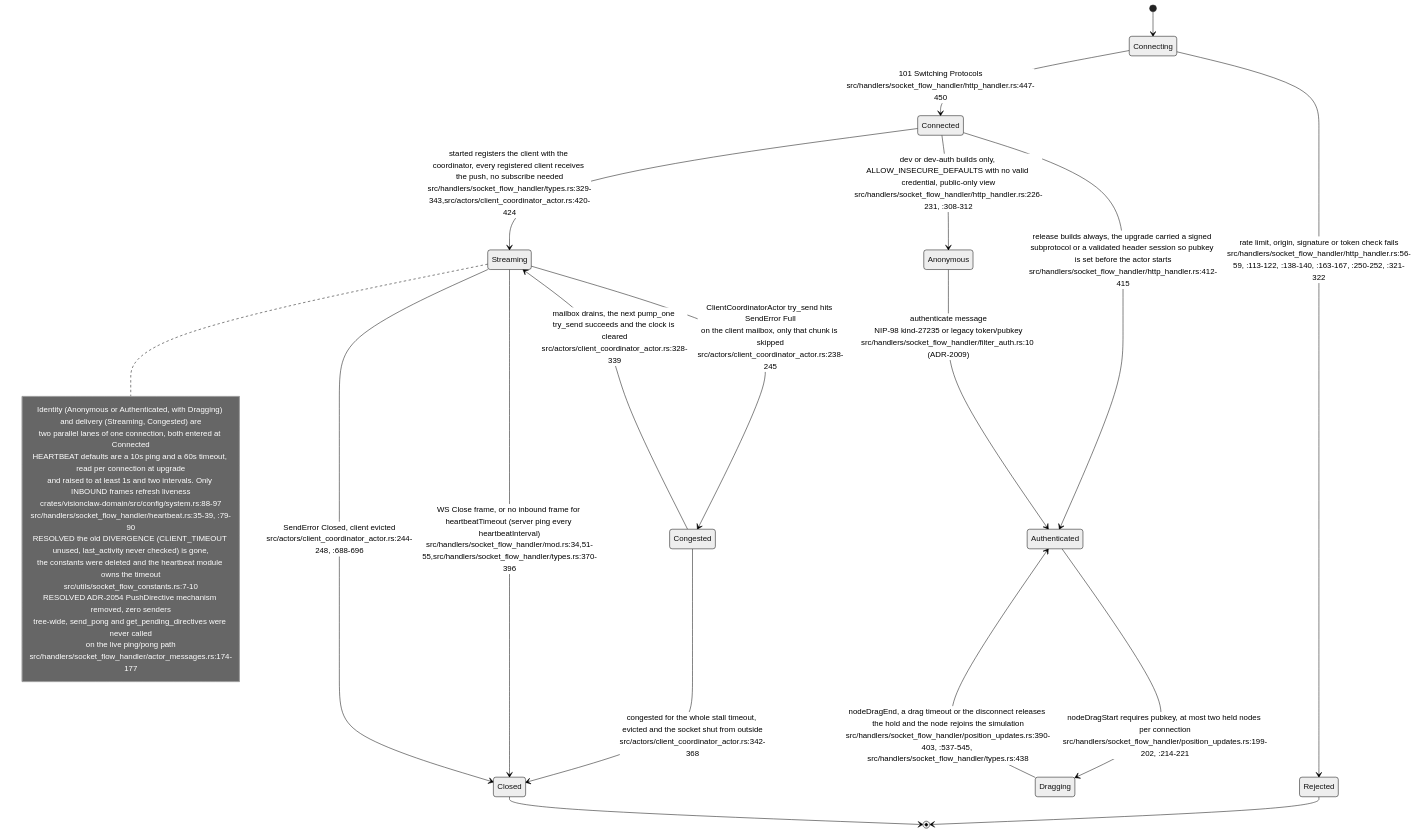
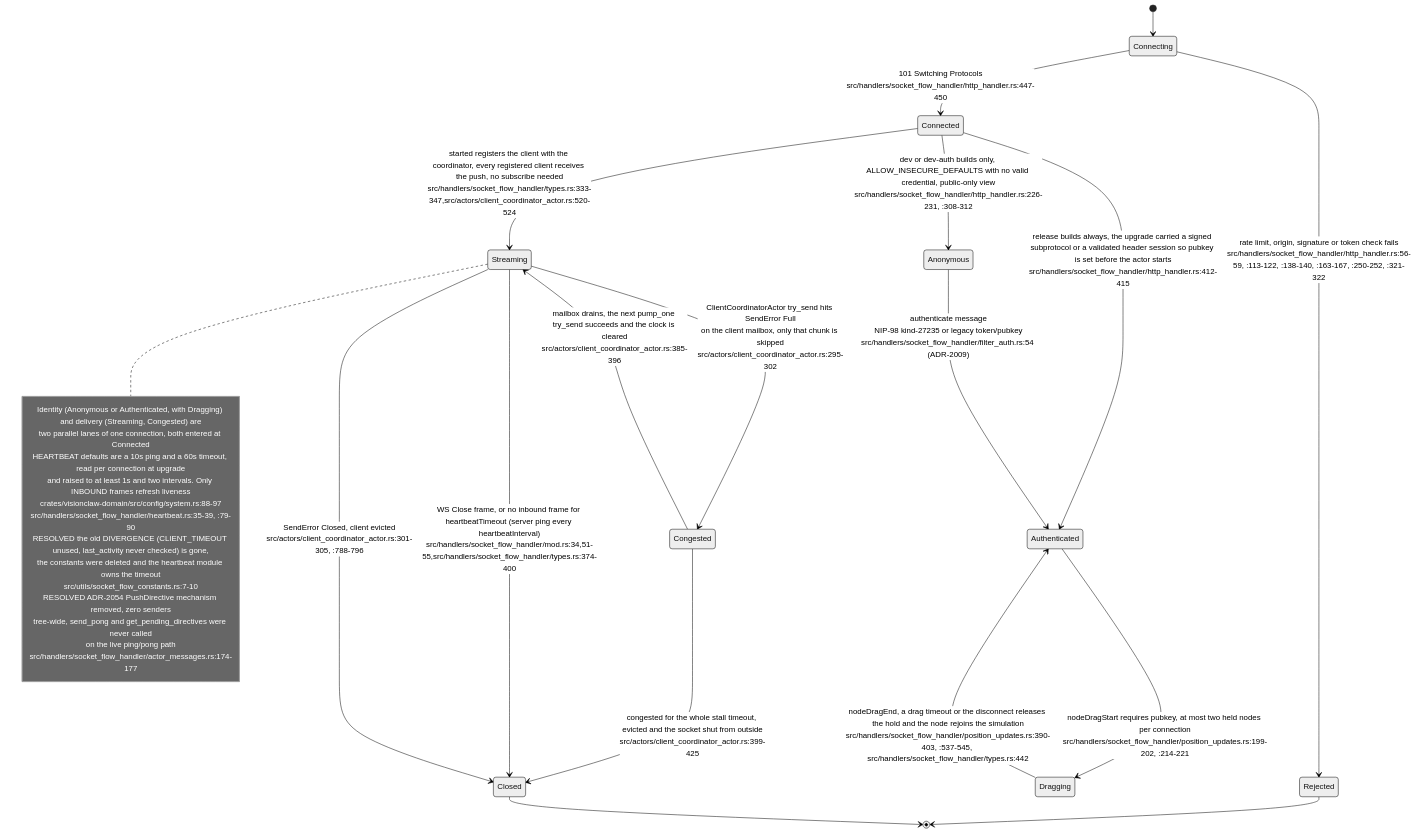
Before and after one commit to DreamLab-AI/VisionFlow: the ninth of 9 diagrams in docs/diagrams/visionclaw/13-broadcast-pipeline-and-websocket.md, drawn with Mermaid (neutral theme). The commit also changed other lines of this file and 46 other files, not shown here.

Commit message:
docs(diagrams): re-verify VisionClaw topics at 809a859aa/a950f4d80 after the consolidation pass

````diff
--- a/docs/diagrams/visionclaw/13-broadcast-pipeline-and-websocket.md
+++ b/docs/diagrams/visionclaw/13-broadcast-pipeline-and-websocket.md
@@ -493,39 +498,39 @@
 ```mermaid
 stateDiagram-v2
     [*] --> Connecting
     Connecting --> Rejected: rate limit, origin, signature or token check fails<br/>src/handlers/socket_flow_handler/http_handler.rs:56-59, :113-122, :138-140, :163-167, :250-252, :321-322
     Connecting --> Connected: 101 Switching Protocols<br/>src/handlers/socket_flow_handler/http_handler.rs:447-450
     Rejected --> [*]
 
     Connected --> Authenticated: release builds always, the upgrade carried a signed subprotocol or a validated header session so pubkey is set before the actor starts<br/>src/handlers/socket_flow_handler/http_handler.rs:412-415
     Connected --> Anonymous: dev or dev-auth builds only, ALLOW_INSECURE_DEFAULTS with no valid credential, public-only view<br/>src/handlers/socket_flow_handler/http_handler.rs:226-231, :308-312
-    Anonymous --> Authenticated: authenticate message<br/>NIP-98 kind-27235 or legacy token/pubkey<br/>src/handlers/socket_flow_handler/filter_auth.rs:10 (ADR-2009)
+    Anonymous --> Authenticated: authenticate message<br/>NIP-98 kind-27235 or legacy token/pubkey<br/>src/handlers/socket_flow_handler/filter_auth.rs:54 (ADR-2009)
 
     Authenticated --> Dragging: nodeDragStart requires pubkey, at most two held nodes per connection<br/>src/handlers/socket_flow_handler/position_updates.rs:199-202, :214-221
-    Dragging --> Authenticated: nodeDragEnd, a drag timeout or the disconnect releases the hold and the node rejoins the simulation<br/>src/handlers/socket_flow_handler/position_updates.rs:390-403, :537-545, src/handlers/socket_flow_handler/types.rs:438
+    Dragging --> Authenticated: nodeDragEnd, a drag timeout or the disconnect releases the hold and the node rejoins the simulation<br/>src/handlers/socket_flow_handler/position_updates.rs:390-403, :537-545, src/handlers/socket_flow_handler/types.rs:442
 
-    Connected --> Streaming: started registers the client with the coordinator, every registered client receives the push, no subscribe needed<br/>src/handlers/socket_flow_handler/types.rs:329-343,src/actors/client_coordinator_actor.rs:420-424
-    Streaming --> Congested: ClientCoordinatorActor try_send hits SendError Full<br/>on the client mailbox, only that chunk is skipped<br/>src/actors/client_coordinator_actor.rs:238-245
-    Congested --> Streaming: mailbox drains, the next pump_one try_send succeeds and the clock is cleared<br/>src/actors/client_coordinator_actor.rs:328-339
-    Congested --> Closed: congested for the whole stall timeout, evicted and the socket shut from outside<br/>src/actors/client_coordinator_actor.rs:342-368
+    Connected --> Streaming: started registers the client with the coordinator, every registered client receives the push, no subscribe needed<br/>src/handlers/socket_flow_handler/types.rs:333-347,src/actors/client_coordinator_actor.rs:520-524
+    Streaming --> Congested: ClientCoordinatorActor try_send hits SendError Full<br/>on the client mailbox, only that chunk is skipped<br/>src/actors/client_coordinator_actor.rs:295-302
+    Congested --> Streaming: mailbox drains, the next pump_one try_send succeeds and the clock is cleared<br/>src/actors/client_coordinator_actor.rs:385-396
+    Congested --> Closed: congested for the whole stall timeout, evicted and the socket shut from outside<br/>src/actors/client_coordinator_actor.rs:399-425
 
-    Streaming --> Closed: WS Close frame, or no inbound frame for heartbeatTimeout (server ping every heartbeatInterval)<br/>src/handlers/socket_flow_handler/mod.rs:34,51-55,src/handlers/socket_flow_handler/types.rs:370-396
-    Streaming --> Closed: SendError Closed, client evicted<br/>src/actors/client_coordinator_actor.rs:244-248, :688-696
+    Streaming --> Closed: WS Close frame, or no inbound frame for heartbeatTimeout (server ping every heartbeatInterval)<br/>src/handlers/socket_flow_handler/mod.rs:34,51-55,src/handlers/socket_flow_handler/types.rs:374-400
+    Streaming --> Closed: SendError Closed, client evicted<br/>src/actors/client_coordinator_actor.rs:301-305, :788-796
     Closed --> [*]
 
     note right of Streaming
         Identity (Anonymous or Authenticated, with Dragging) and delivery (Streaming, Congested) are
         two parallel lanes of one connection, both entered at Connected
         HEARTBEAT defaults are a 10s ping and a 60s timeout, read per connection at upgrade
         and raised to at least 1s and two intervals. Only INBOUND frames refresh liveness
         crates/visionclaw-domain/src/config/system.rs:88-97
         src/handlers/socket_flow_handler/heartbeat.rs:35-39, :79-90
         RESOLVED the old DIVERGENCE (CLIENT_TIMEOUT unused, last_activity never checked) is gone,
         the constants were deleted and the heartbeat module owns the timeout
         src/utils/socket_flow_constants.rs:7-10
         RESOLVED ADR-2054 PushDirective mechanism removed, zero senders
         tree-wide, send_pong and get_pending_directives were never called
         on the live ping/pong path
         src/handlers/socket_flow_handler/actor_messages.rs:174-177
     end note
 ```
````
